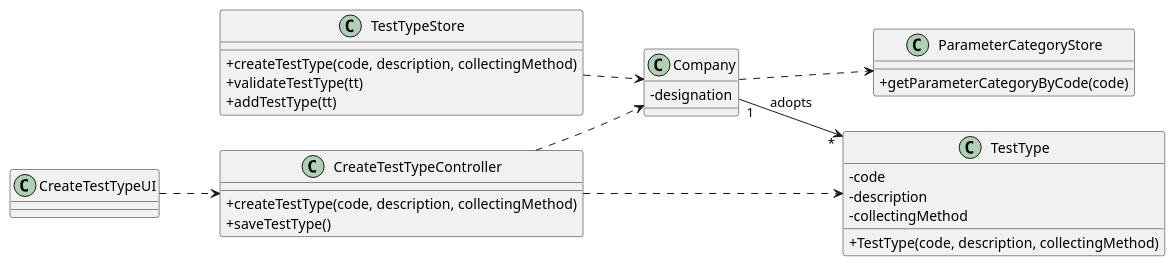
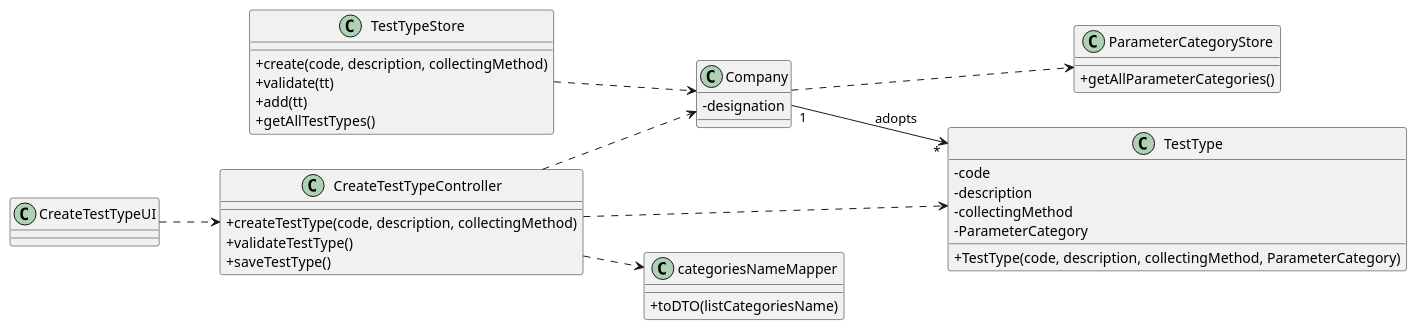
The diagram in docs/SprintB/US09/US09-CD.puml (0franciscor/lei-21-s2-1de-g19), drawn with PlantUML before and after one commit. The commit also changed 4 other files, not shown here.

```diff
--- a/docs/SprintB/US09/US09-CD.puml
+++ b/docs/SprintB/US09/US09-CD.puml
@@ -1,42 +1,54 @@
 @startuml
 skinparam classAttributeIconSize 0
 left to right direction
 
 class "Company" as C {
 -designation
 }
 
+class "categoriesNameMapper" as cNM {
++toDTO(listCategoriesName)
+}
+
 class "TestTypeStore" as TTS{
-+createTestType(code, description, collectingMethod)
-+validateTestType(tt)
-+addTestType(tt)
++create(code, description, collectingMethod)
++validate(tt)
++add(tt)
++getAllTestTypes()
 }
 
 class "ParameterCategoryStore" as PCS{
-+getParameterCategoryByCode(code)
++getAllParameterCategories()
 }
 
 class "TestType" as TT {
 -code
 -description
 -collectingMethod
-+TestType(code, description, collectingMethod)
+-ParameterCategory
++TestType(code, description, collectingMethod, ParameterCategory)
 }
 
 class "CreateTestTypeController" as CTTC {
 +createTestType(code, description, collectingMethod)
++validateTestType()
 +saveTestType()
 }
 
 class "CreateTestTypeUI" as CTTUI
 class "TestType" as TT
 class "CreateTestTypeController" as CTTC
 
 CTTUI ..> CTTC
+
 C ..> PCS
+
 TTS ..> C
+
 CTTC ..> TT
 CTTC ..> C
+CTTC ..> cNM
+
 C "1" --> "*" TT : adopts
 
 @enduml
```
